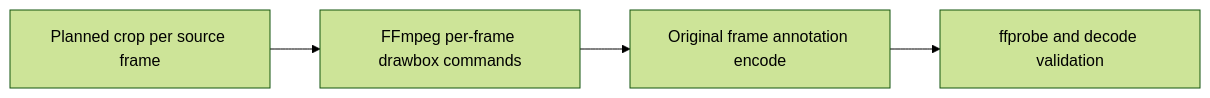
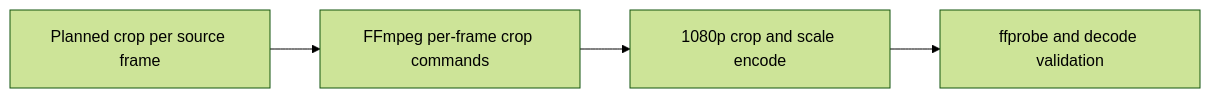
The third of 3 diagrams in docs/specs/worker/runtime-and-pipeline.md (o0O96O0o/boulder-frame), drawn with Mermaid (forest theme) before and after one commit. The commit also changed other lines of this file and 11 other files, not shown here.

````diff
--- a/docs/specs/worker/runtime-and-pipeline.md
+++ b/docs/specs/worker/runtime-and-pipeline.md
@@ -210,6 +210,6 @@
 ```mermaid
 flowchart LR
-    P[Planned crop per source frame] --> T[FFmpeg per-frame drawbox commands]
-    T --> R[Original frame annotation encode]
+    P[Planned crop per source frame] --> T[FFmpeg per-frame crop commands]
+    T --> R[1080p crop and scale encode]
     R --> V[ffprobe and decode validation]
 ```
````
